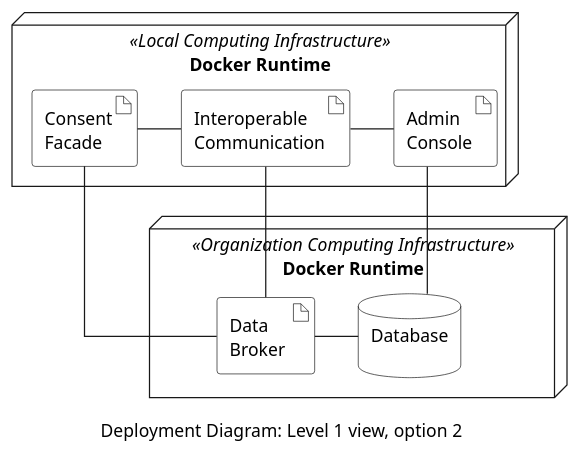
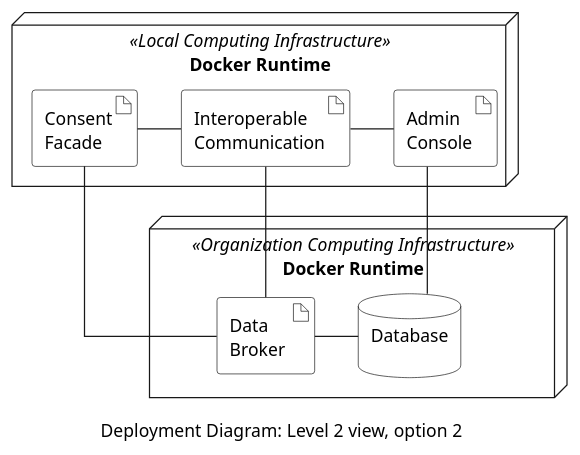
One commit to eddie-energy/architecture changed the diagram in arc42/07-deployment-view/figures/deployment-diagram-option-2.puml. Above: the diagram before and after it, drawn with PlantUML. The commit also changed 48 other files, not shown here.

```diff
--- a/arc42/07-deployment-view/figures/deployment-diagram-option-2.puml
+++ b/arc42/07-deployment-view/figures/deployment-diagram-option-2.puml
@@ -1,45 +1,45 @@
 @startuml deployment-diagram-option-2
 'deployment diagram
-caption Deployment Diagram: Level 1 view, option 2
+caption Deployment Diagram: Level 2 view, option 2
 
 skinparam linetype ortho
 skinparam interface {
   backgroundColor transparent
   borderColor black
 }
 skinparam artifact{
   BorderColor black
   BackgroundColor transparent
 }
 skinparam actor{
   BorderColor black
   BackgroundColor transparent
 }
 skinparam database{
   BorderColor black
   BackgroundColor transparent
 }
 skinparam rectangle{
   BorderColor transparent
   BackgroundColor transparent
   FontColor transparent
 }
 
   node "Docker Runtime" <<Local Computing Infrastructure>> as local {    
     artifact "Consent\nFacade" as consentFacade
     artifact "Interoperable\nCommunication" as comm
     artifact "Admin\nConsole" as adminConsole
   }
   node "Docker Runtime" <<Organization Computing Infrastructure>> as org {    
     artifact "Data\nBroker " as broker
     database "Database\n" as database
   }
 
   consentFacade -right- comm
   adminConsole -left- comm
   consentFacade -down- broker
   database -left- broker
   comm -down- broker
   adminConsole -down- database
 
 @enduml
```
